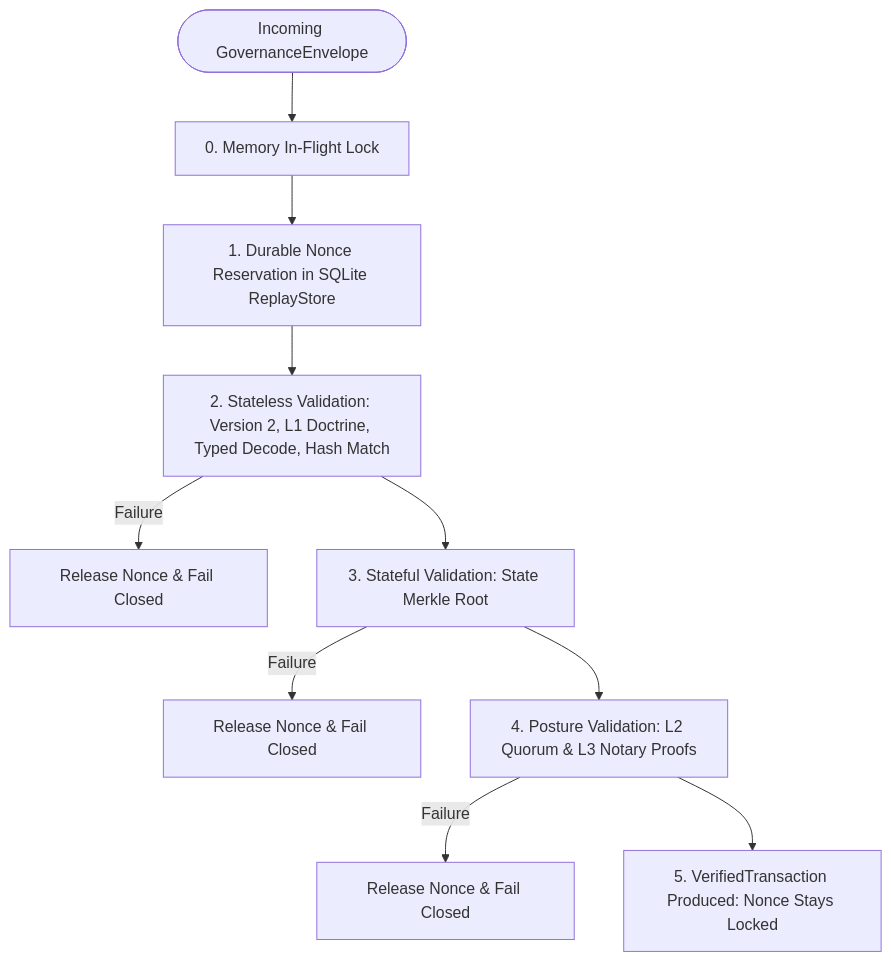
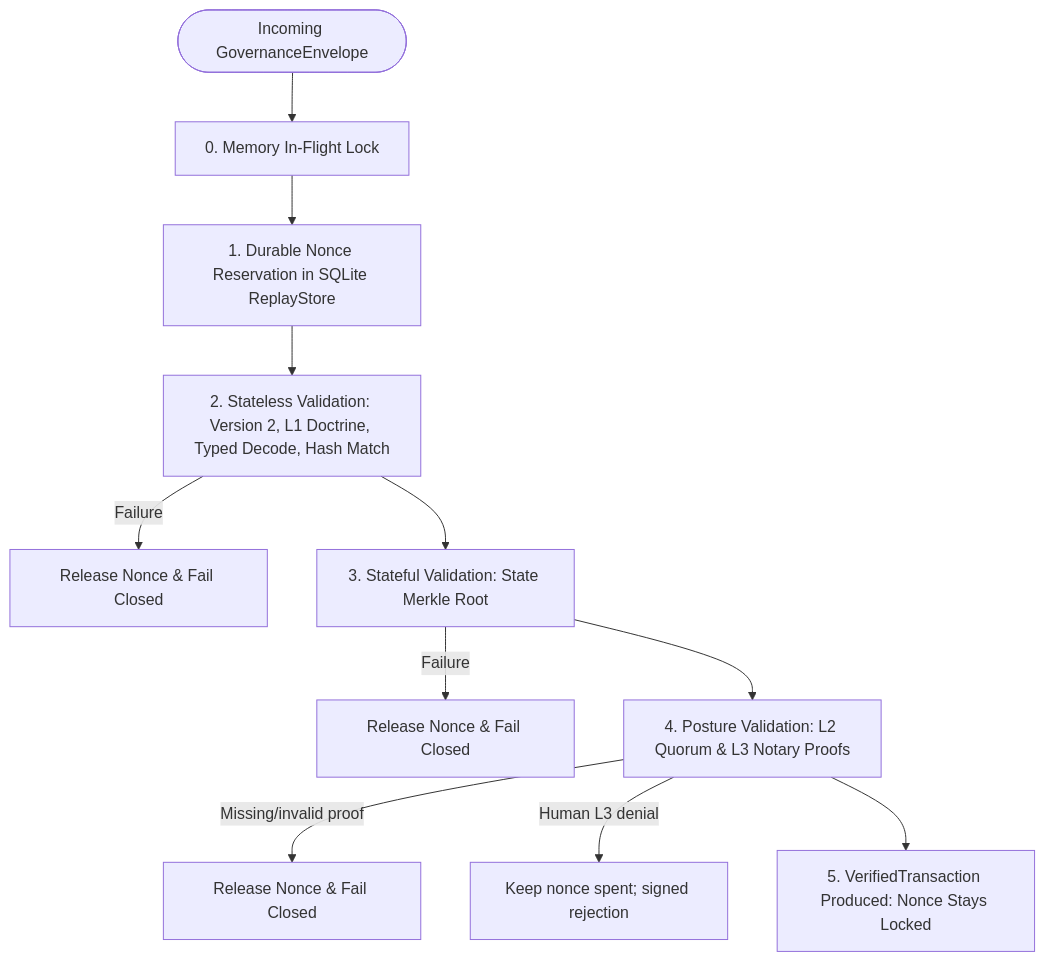
The second of 2 diagrams in docs/architecture/governance.md (zerotrustdata/ztd), drawn with Mermaid before and after one commit. The commit also changed other lines of this file and 735 other files, not shown here.

First line of the commit message:
v1.1.0 - Governance Conformance and Signed Rejection Evidence (#41)

````diff
--- a/docs/architecture/governance.md
+++ b/docs/architecture/governance.md
@@ -254,12 +262,13 @@
 ```mermaid
 flowchart TD
     Env([Incoming GovernanceEnvelope]) --> Step0[0. Memory In-Flight Lock]
     Step0 --> Step1[1. Durable Nonce Reservation in SQLite ReplayStore]
     Step1 --> Step2[2. Stateless Validation: Version 2, L1 Doctrine, Typed Decode, Hash Match]
     Step2 -->|Failure| Release1[Release Nonce & Fail Closed]
     Step2 --> Step3[3. Stateful Validation: State Merkle Root]
     Step3 -->|Failure| Release2[Release Nonce & Fail Closed]
     Step3 --> Step4[4. Posture Validation: L2 Quorum & L3 Notary Proofs]
-    Step4 -->|Failure| Release3[Release Nonce & Fail Closed]
+    Step4 -->|Missing/invalid proof| Release3[Release Nonce & Fail Closed]
+    Step4 -->|Human L3 denial| Spent[Keep nonce spent; signed rejection]
     Step4 --> Step5[5. VerifiedTransaction Produced: Nonce Stays Locked]
 ```
````
